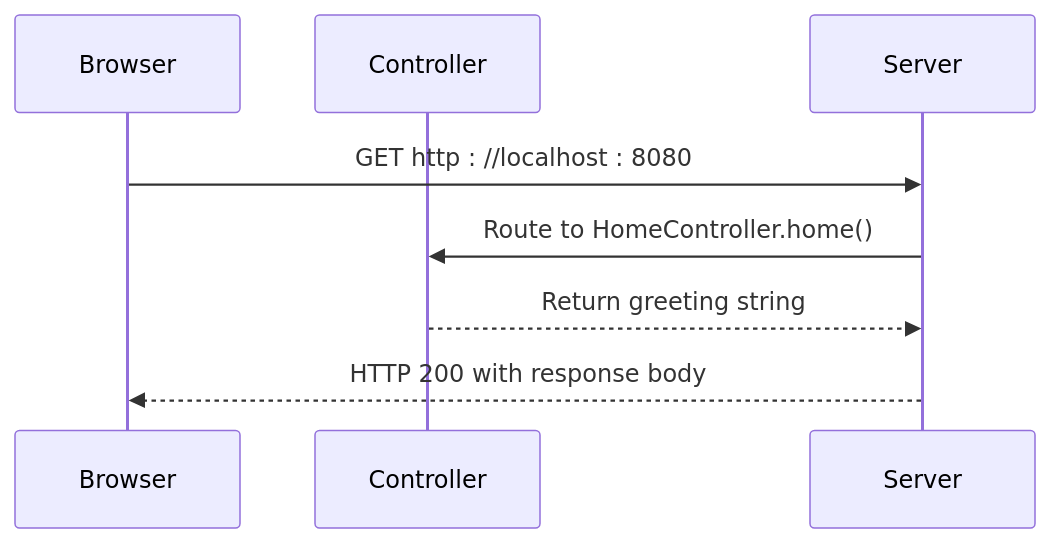
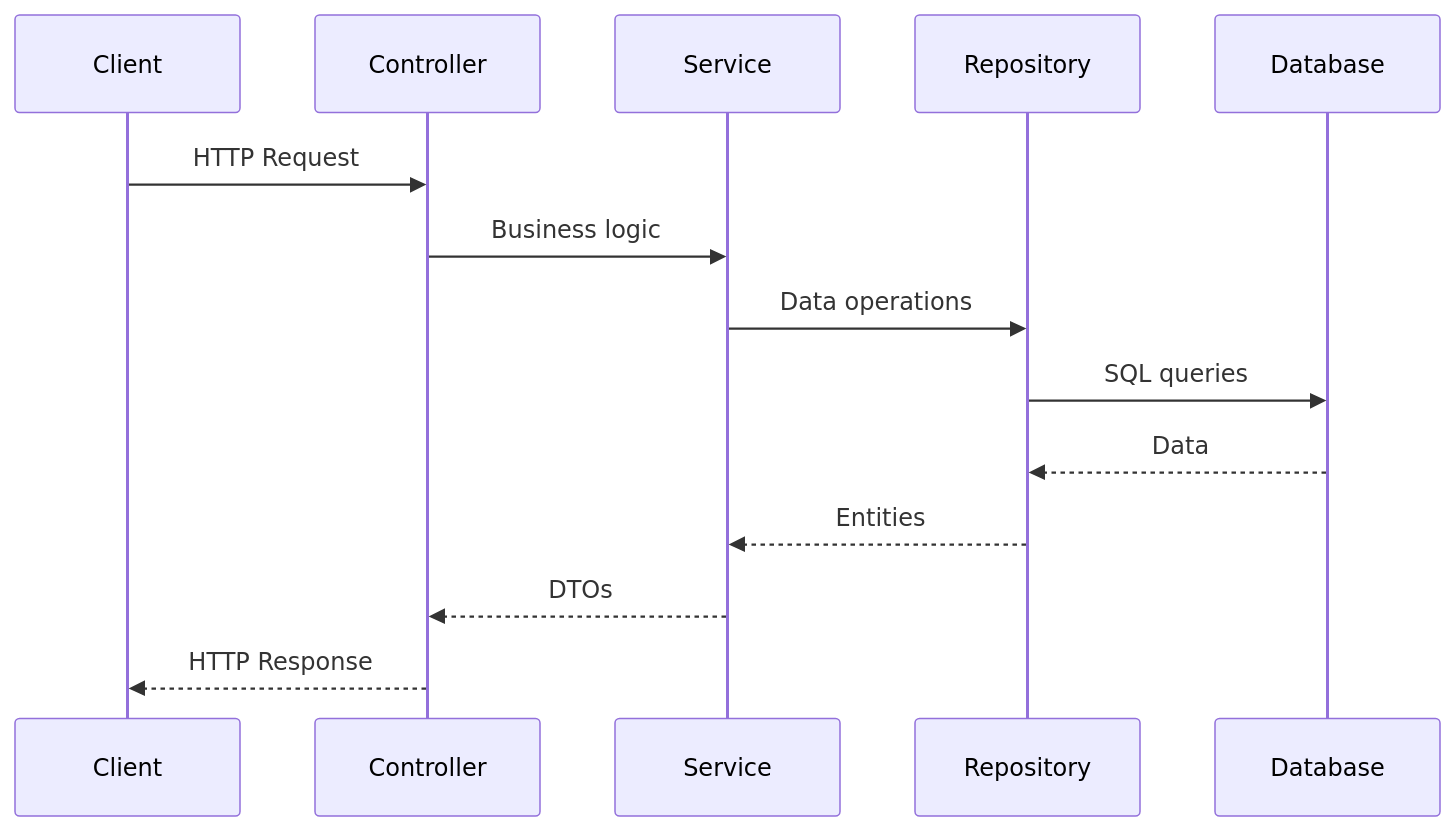
Before and after one commit to Nynoko228/Distributed-information-processing-systems: the first of 2 diagrams in .qoder/repowiki/en/content/Development Setup Guide.md, drawn with Mermaid. The commit also changed other lines of this file and 39 other files, not shown here.

````diff
--- a/.qoder/repowiki/en/content/Development Setup Guide.md
+++ b/.qoder/repowiki/en/content/Development Setup Guide.md
@@ -95,10 +140,16 @@
 ```mermaid
 sequenceDiagram
-participant Browser
+participant Client
 participant Controller
-participant Server
-Browser->>Server : GET http : //localhost : 8080
-Server->>Controller : Route to HomeController.home()
-Controller-->>Server : Return greeting string
-Server-->>Browser : HTTP 200 with response body
+participant Service
+participant Repository
+participant Database
+Client->>Controller : HTTP Request
+Controller->>Service : Business logic
+Service->>Repository : Data operations
+Repository->>Database : SQL queries
+Database-->>Repository : Data
+Repository-->>Service : Entities
+Service-->>Controller : DTOs
+Controller-->>Client : HTTP Response
 ```
````
